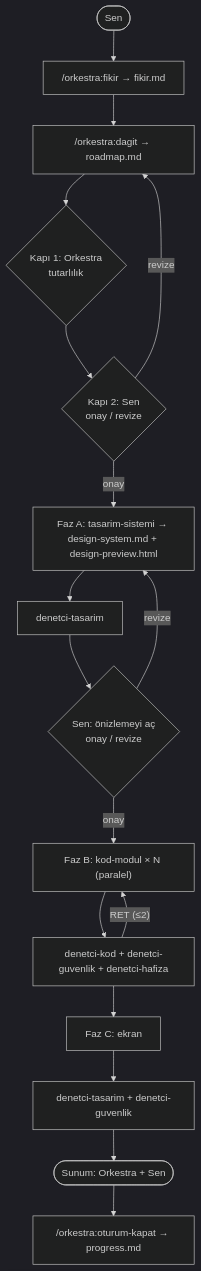
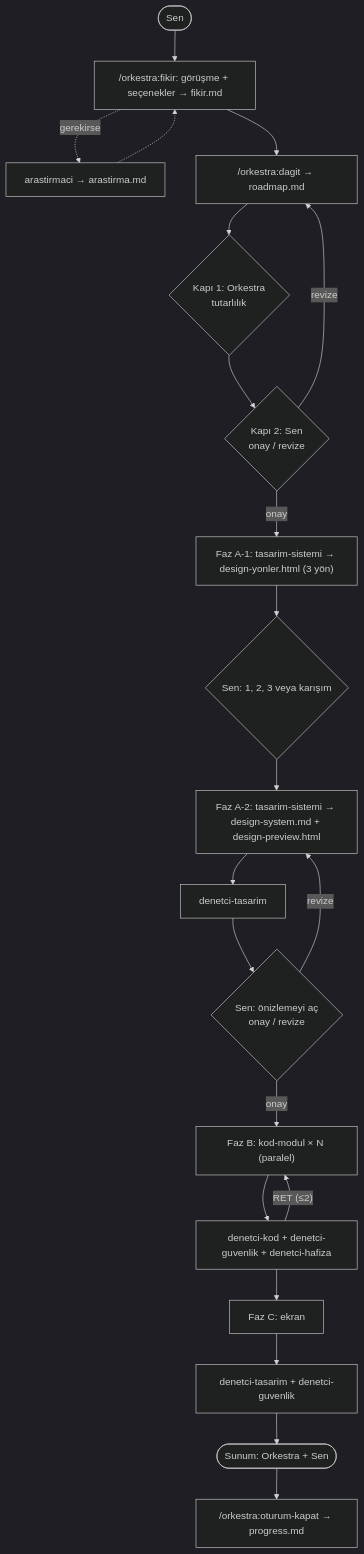
One commit to 2muhammetbulbul2-lang/orkestra changed the diagram in README.md. Above: the diagram before and after it, drawn with Mermaid (dark theme). The commit also changed other lines of this file and 13 other files, not shown here.

Commit message:
v0.3.0: arastirmaci ajani, derin fikir gorusmesi, 3 yonlu tasarim secimi

````diff
--- a/README.md
+++ b/README.md
@@ -7,19 +7,23 @@
 ```mermaid
 flowchart TD
-  U([Sen]) --> F["/orkestra:fikir → fikir.md"]
+  U([Sen]) --> F["/orkestra:fikir: görüşme + seçenekler → fikir.md"]
+  F -. gerekirse .-> R["arastirmaci → arastirma.md"]
+  R -.-> F
   F --> D["/orkestra:dagit → roadmap.md"]
   D --> K1{"Kapı 1: Orkestra<br/>tutarlılık"}
   K1 --> K2{"Kapı 2: Sen<br/>onay / revize"}
   K2 -- revize --> D
-  K2 -- onay --> A["Faz A: tasarim-sistemi → design-system.md + design-preview.html"]
+  K2 -- onay --> Y["Faz A-1: tasarim-sistemi → design-yonler.html (3 yön)"]
+  Y --> YS{"Sen: 1, 2, 3 veya karışım"}
+  YS --> A["Faz A-2: tasarim-sistemi → design-system.md + design-preview.html"]
   A --> DA[denetci-tasarim]
   DA --> KA{"Sen: önizlemeyi aç<br/>onay / revize"}
   KA -- revize --> A
   KA -- onay --> B["Faz B: kod-modul × N (paralel)"]
   B --> DB["denetci-kod + denetci-guvenlik + denetci-hafiza"]
   DB -- "RET (≤2)" --> B
   DB --> C["Faz C: ekran"]
   C --> DC["denetci-tasarim + denetci-guvenlik"]
   DC --> S([Sunum: Orkestra + Sen])
   S --> O["/orkestra:oturum-kapat → progress.md"]
 ```
````
